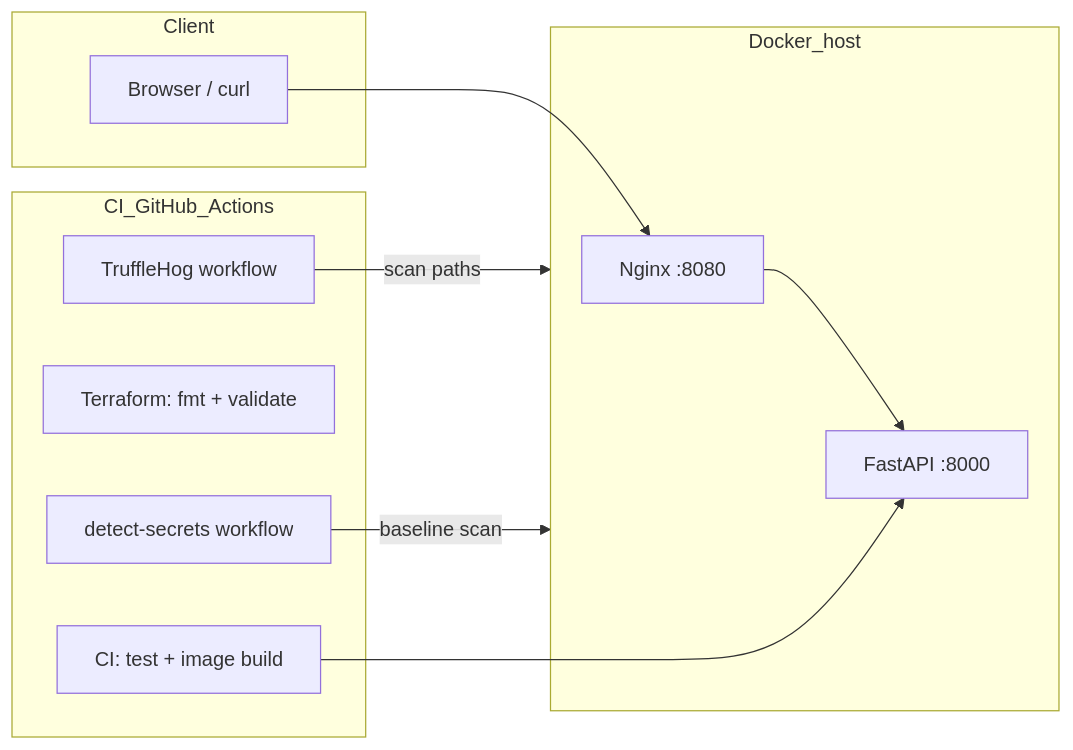
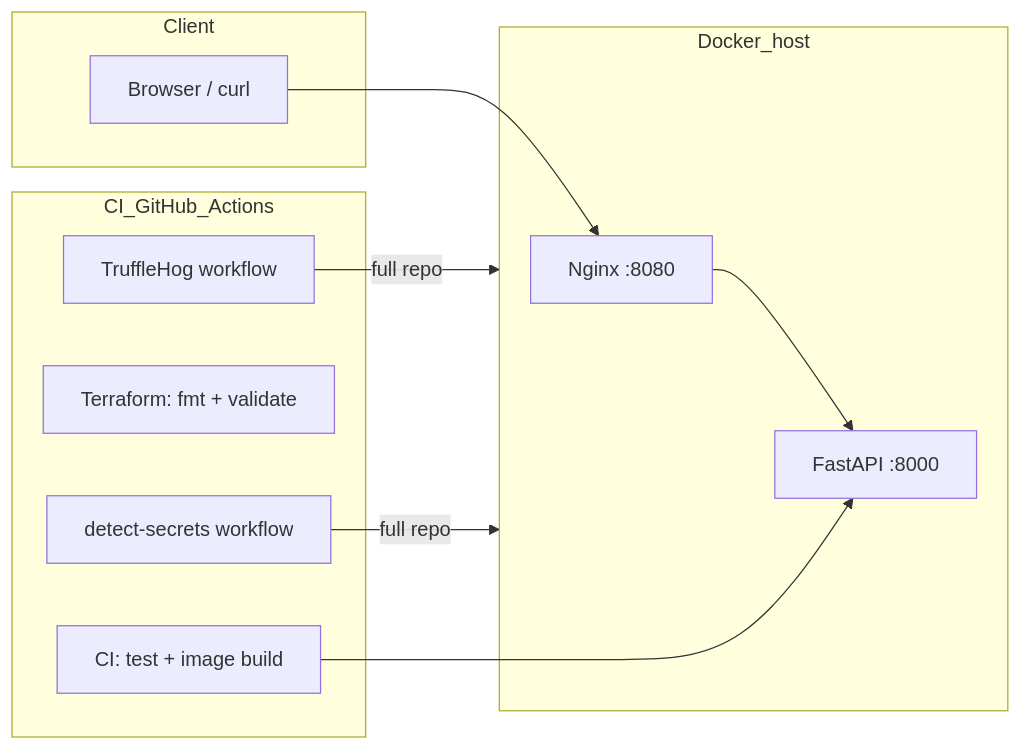
One commit to vekis11/trufflehog-secret-scan changed the diagram in README.md. Above: the diagram before and after it, drawn with Mermaid. The commit also changed other lines of this file and 3 other files, not shown here.

````diff
--- a/README.md
+++ b/README.md
@@ -93,21 +93,21 @@
 ```mermaid
 flowchart LR
   subgraph Client
     U[Browser / curl]
   end
   subgraph Docker_host
     N[Nginx :8080]
     A[FastAPI :8000]
   end
   subgraph CI_GitHub_Actions
     CI[CI: test + image build]
     TF[Terraform: fmt + validate]
     TH[TruffleHog workflow]
     DS[detect-secrets workflow]
   end
   U --> N
   N --> A
   CI --> A
-  TH -->|scan paths| Docker_host
-  DS -->|baseline scan| Docker_host
+  TH -->|full repo| Docker_host
+  DS -->|full repo| Docker_host
 ```
````
